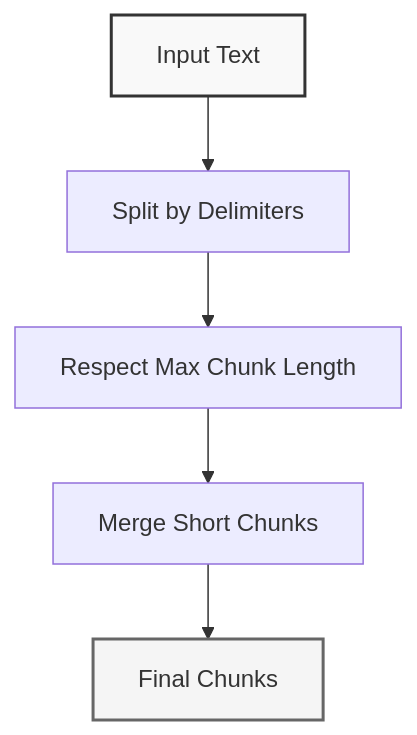
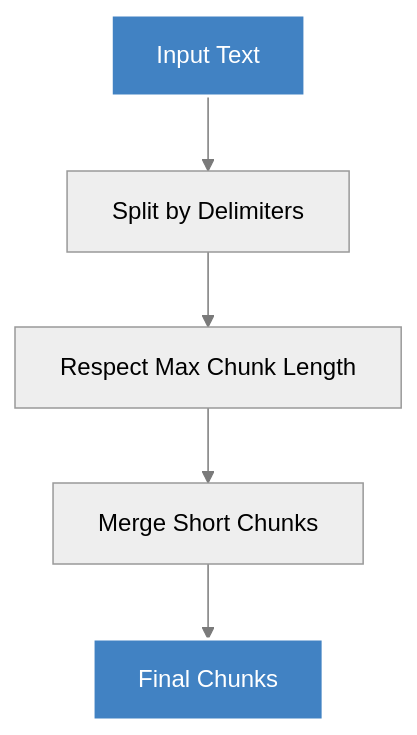
One commit to aurelio-labs/aurelio-sdk changed the second of 4 diagrams in docs/user-guide/chunking.md. Above: the diagram before and after it, drawn with Mermaid. The commit also changed other lines of this file and 4 other files, not shown here.

Commit message:
fix: dark mode charts

````diff
--- a/docs/user-guide/chunking.md
+++ b/docs/user-guide/chunking.md
@@ -127,10 +128,11 @@
 ```mermaid
+%%{init: {'theme':'neutral', 'themeVariables': {'darkMode': true, 'primaryColor': '#4182c3', 'primaryTextColor': '#fff', 'primaryBorderColor': '#7a7a7a', 'lineColor': '#7a7a7a', 'secondaryColor': '#f5f5f5', 'tertiaryColor': '#333'}}}%%
 flowchart TB
     A[Input Text] --> B[Split by Delimiters]
     B --> C[Respect Max Chunk Length]
     C --> D[Merge Short Chunks]
     D --> E[Final Chunks]
     
-    style A fill:#f9f9f9,stroke:#333,stroke-width:2px
-    style E fill:#f5f5f5,stroke:#666,stroke-width:2px
+    style A fill:#4182c3,stroke:#ffffff,stroke-width:2px,color:#ffffff
+    style E fill:#4182c3,stroke:#ffffff,stroke-width:2px,color:#ffffff
 ```
````
